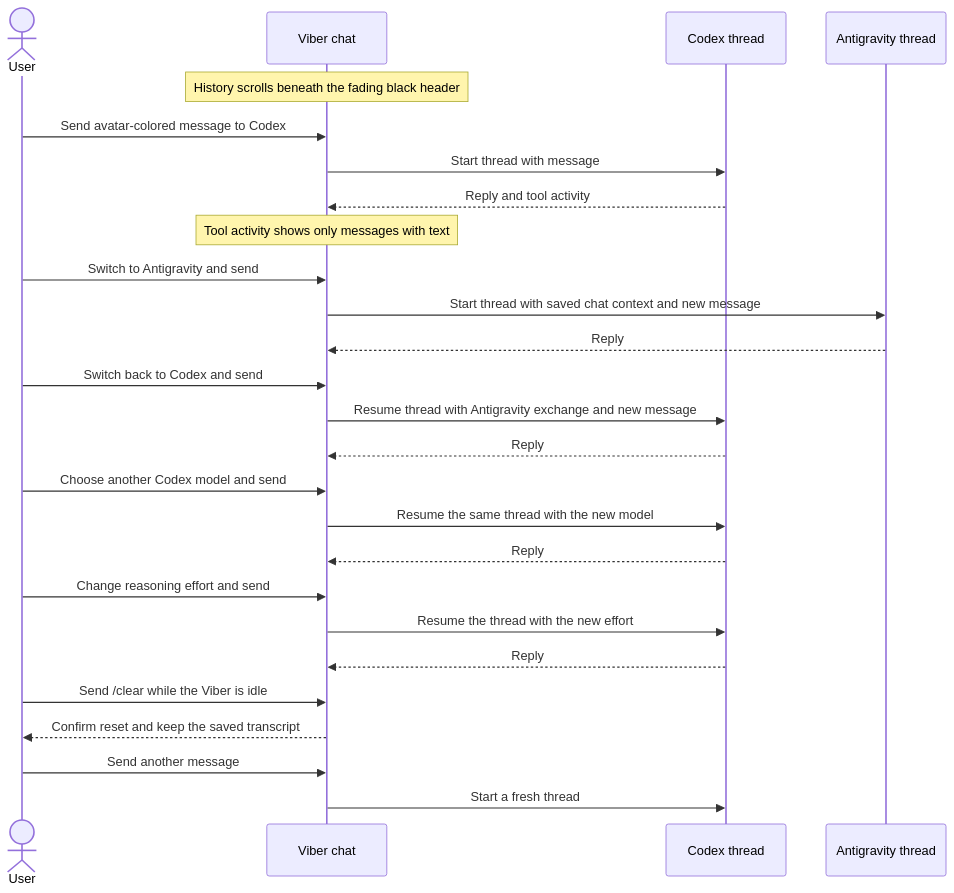
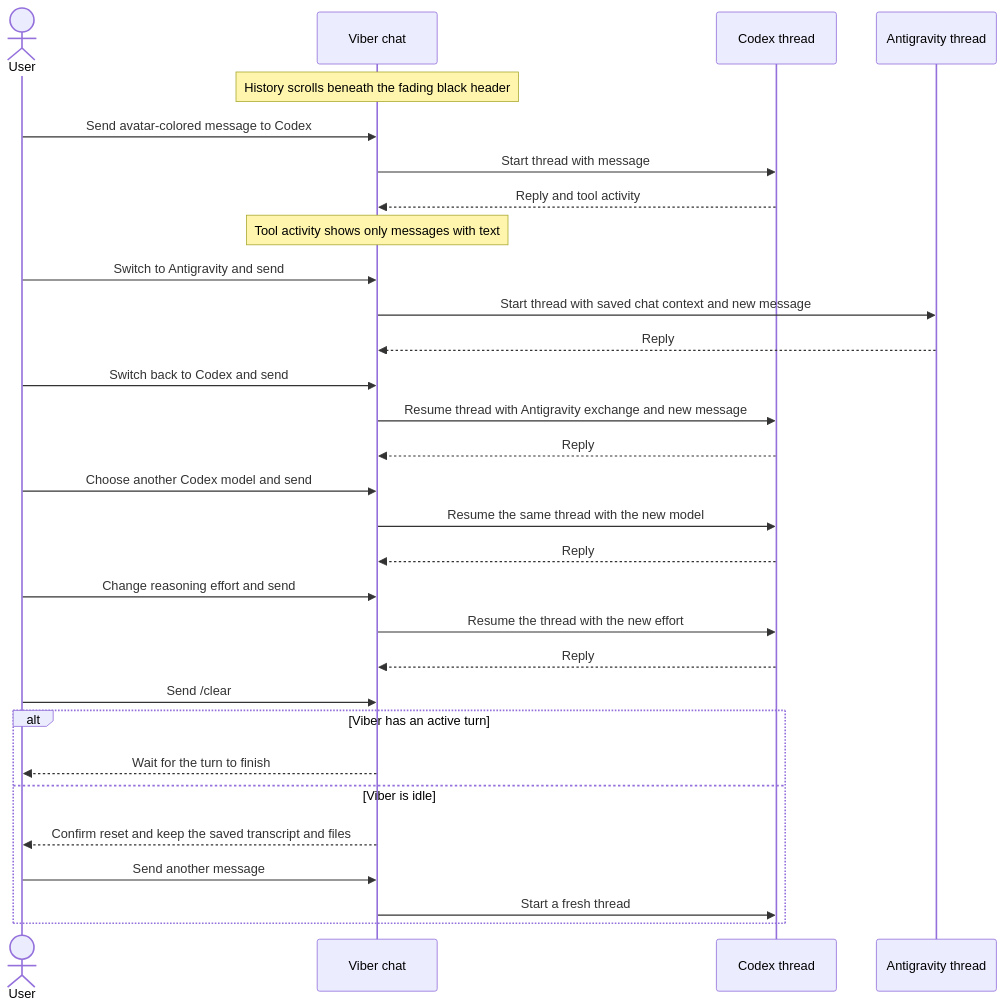
One commit to akshajrawat/akkco-vibestar changed the diagram in FEATUREMAP.md. Above: the diagram before and after it, drawn with Mermaid. The commit also changed 4 other files, not shown here.

````diff
--- a/FEATUREMAP.md
+++ b/FEATUREMAP.md
@@ -1,29 +1,33 @@
 ```mermaid
 sequenceDiagram
     actor User
     participant Chat as Viber chat
     participant Codex as Codex thread
     participant AGY as Antigravity thread
 
     Note over Chat: History scrolls beneath the fading black header
     User->>Chat: Send avatar-colored message to Codex
     Chat->>Codex: Start thread with message
     Codex-->>Chat: Reply and tool activity
     Note over Chat: Tool activity shows only messages with text
     User->>Chat: Switch to Antigravity and send
     Chat->>AGY: Start thread with saved chat context and new message
     AGY-->>Chat: Reply
     User->>Chat: Switch back to Codex and send
     Chat->>Codex: Resume thread with Antigravity exchange and new message
     Codex-->>Chat: Reply
     User->>Chat: Choose another Codex model and send
     Chat->>Codex: Resume the same thread with the new model
     Codex-->>Chat: Reply
     User->>Chat: Change reasoning effort and send
     Chat->>Codex: Resume the thread with the new effort
     Codex-->>Chat: Reply
-    User->>Chat: Send /clear while the Viber is idle
-    Chat-->>User: Confirm reset and keep the saved transcript
-    User->>Chat: Send another message
-    Chat->>Codex: Start a fresh thread
+    User->>Chat: Send /clear
+    alt Viber has an active turn
+        Chat-->>User: Wait for the turn to finish
+    else Viber is idle
+        Chat-->>User: Confirm reset and keep the saved transcript and files
+        User->>Chat: Send another message
+        Chat->>Codex: Start a fresh thread
+    end
 ```
````
